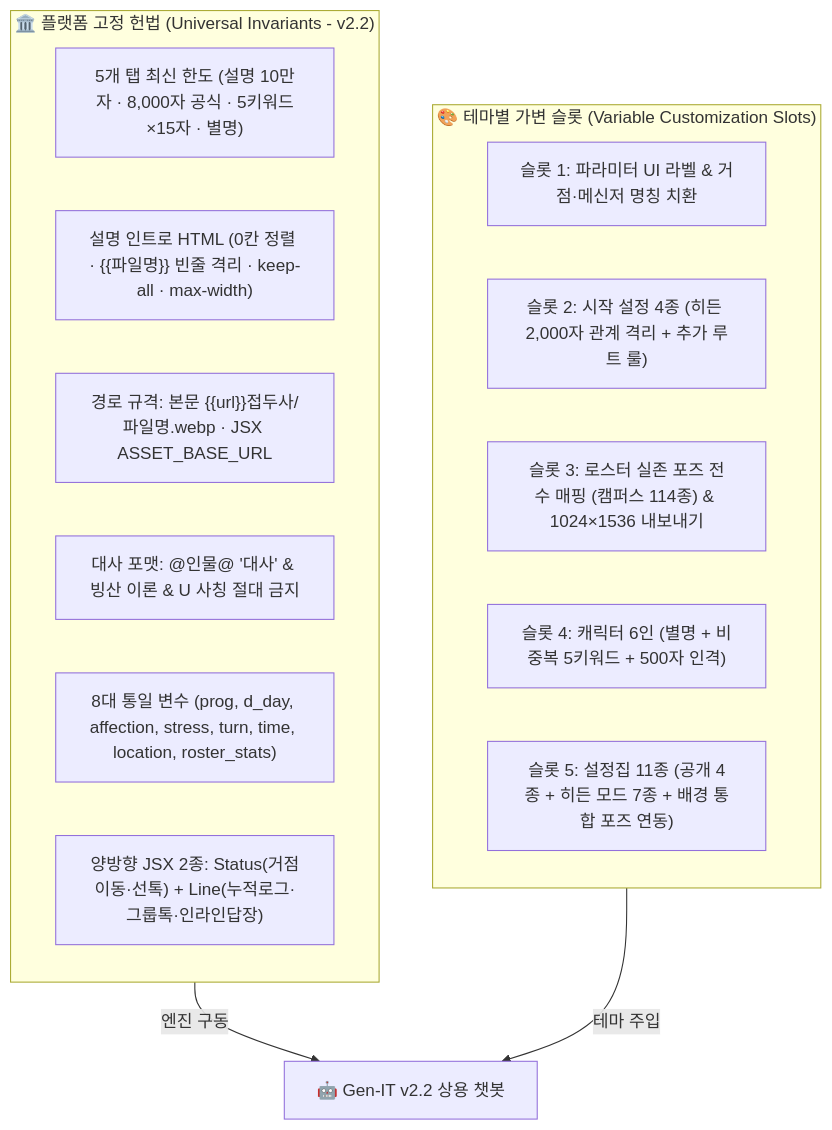
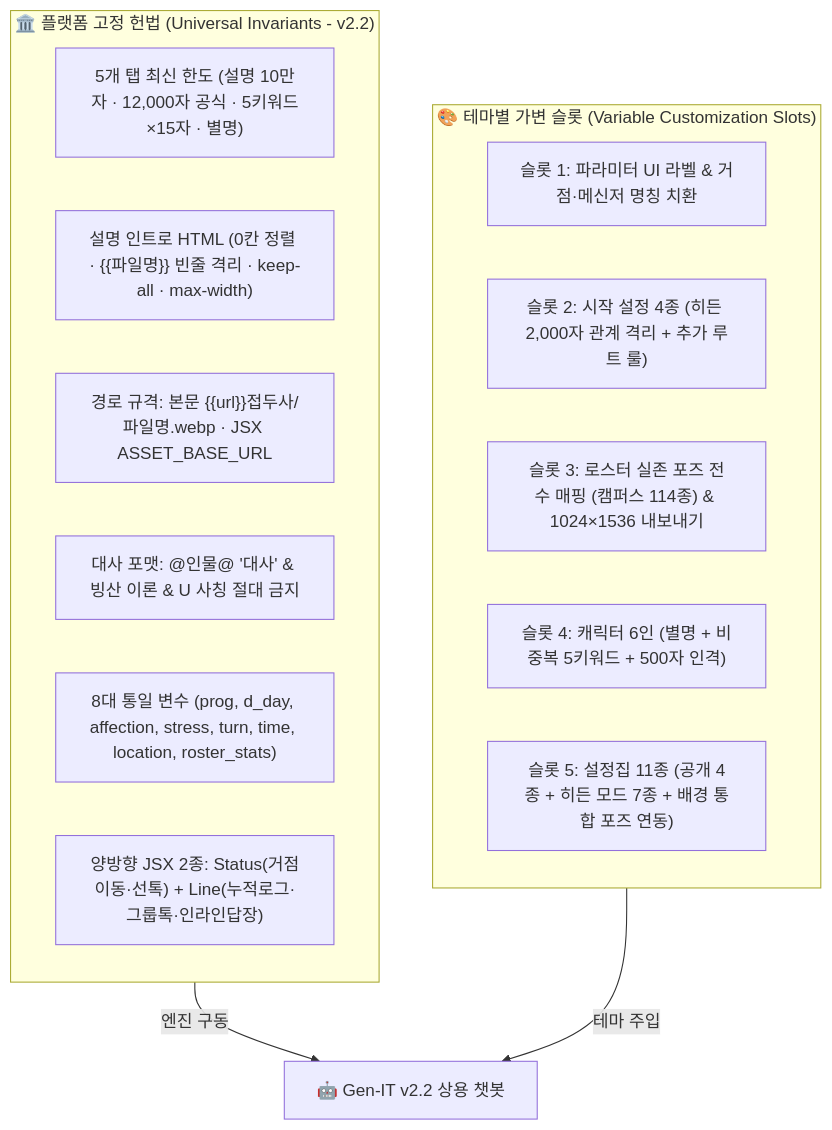
One commit to LeeKyunHo/plepa changed the diagram in docs/젠잇_캐릭터채팅_제작법.md. Above: the diagram before and after it, drawn with Mermaid. The commit also changed other lines of this file and 8 other files, not shown here.

````diff
--- a/docs/젠잇_캐릭터채팅_제작법.md
+++ b/docs/젠잇_캐릭터채팅_제작법.md
@@ -37,22 +37,22 @@
 ```mermaid
 flowchart TD
     subgraph Universal["🏛️ 플랫폼 고정 헌법 (Universal Invariants - v2.2)"]
-        TabRules["5개 탭 최신 한도 (설명 10만자 · 8,000자 공식 · 5키워드×15자 · 별명)"]
+        TabRules["5개 탭 최신 한도 (설명 10만자 · 12,000자 공식 · 5키워드×15자 · 별명)"]
         HtmlRule["설명 인트로 HTML (0칸 정렬 · {{파일명}} 빈줄 격리 · keep-all · max-width)"]
         Tokens["경로 규격: 본문 {{url}}접두사/파일명.webp · JSX ASSET_BASE_URL"]
         DialogueRule["대사 포맷: @인물@ '대사' & 빙산 이론 & U 사칭 절대 금지"]
         Var8["8대 통일 변수 (prog, d_day, affection, stress, turn, time, location, roster_stats)"]
         Widget2["양방향 JSX 2종: Status(거점이동·선톡) + Line(누적로그·그룹톡·인라인답장)"]
     end
 
     subgraph Variable["🎨 테마별 가변 슬롯 (Variable Customization Slots)"]
         Slot1["슬롯 1: 파라미터 UI 라벨 & 거점·메신저 명칭 치환"]
         Slot2["슬롯 2: 시작 설정 4종 (히든 2,000자 관계 격리 + 추가 루트 룰)"]
         Slot3["슬롯 3: 로스터 실존 포즈 전수 매핑 (캠퍼스 114종) & 1024×1536 내보내기"]
         Slot4["슬롯 4: 캐릭터 6인 (별명 + 비중복 5키워드 + 500자 인격)"]
         Slot5["슬롯 5: 설정집 11종 (공개 4종 + 히든 모드 7종 + 배경 통합 포즈 연동)"]
     end
 
     Universal -->|엔진 구동| Engine["🤖 Gen-IT v2.2 상용 챗봇"]
     Variable -->|테마 주입| Engine
 ```
````
